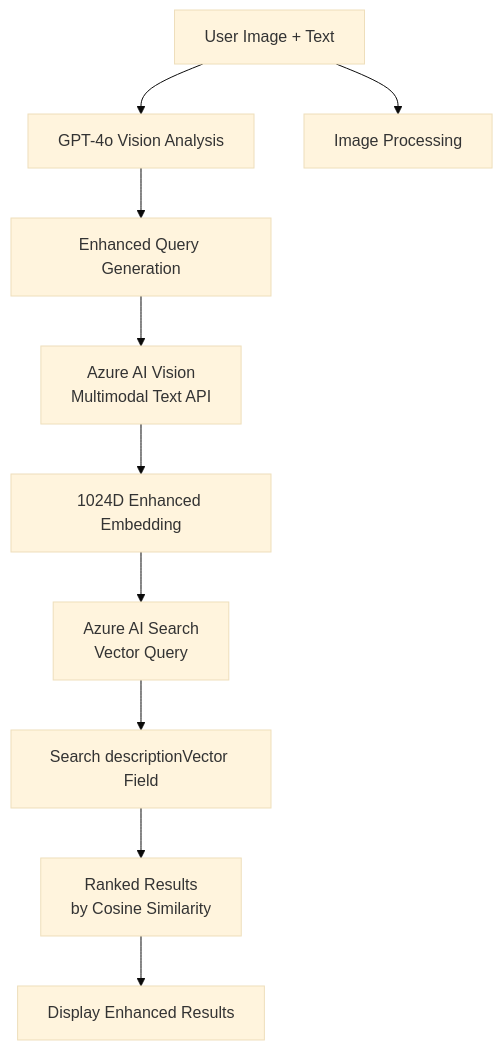
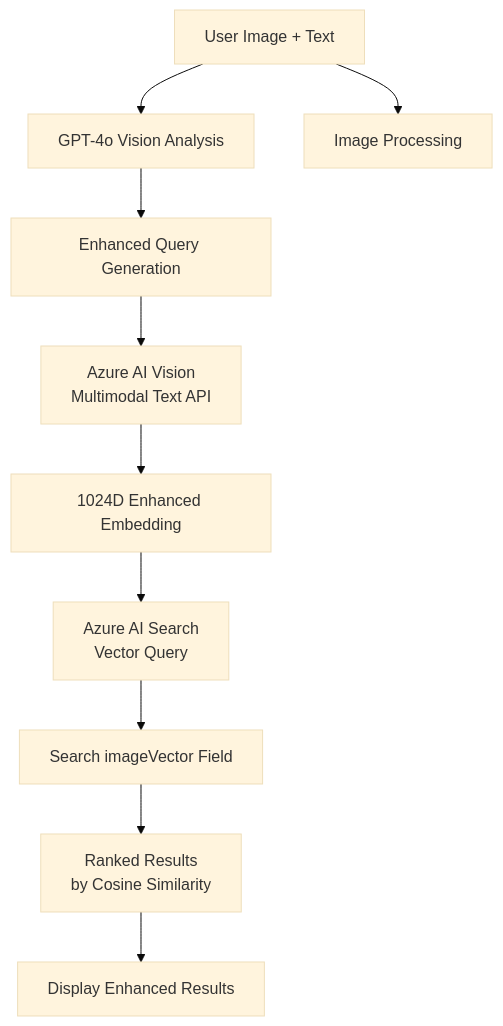
One commit to MSFT-Innovation-Hub-India/ShopTheLook-MultiModal-Search changed the third of 7 diagrams in README.md. Above: the diagram before and after it, drawn with Mermaid (base theme). The commit also changed other lines of this file and 1 other file, not shown here.

Commit message:
Refactor search logic to prioritize vector search for text queries with fallback to traditional search

````diff
--- a/README.md
+++ b/README.md
@@ -77,12 +81,12 @@
 ```mermaid
 graph TD
     A[User Image + Text] --> B[GPT-4o Vision Analysis]
     A --> C[Image Processing]
     B --> D[Enhanced Query Generation]
     D --> E[Azure AI Vision<br/>Multimodal Text API]
     E --> F[1024D Enhanced Embedding]
     F --> G[Azure AI Search<br/>Vector Query]
-    G --> H[Search descriptionVector Field]
+    G --> H[Search imageVector Field]
     H --> I[Ranked Results<br/>by Cosine Similarity]
     I --> J[Display Enhanced Results]
 ```
````
